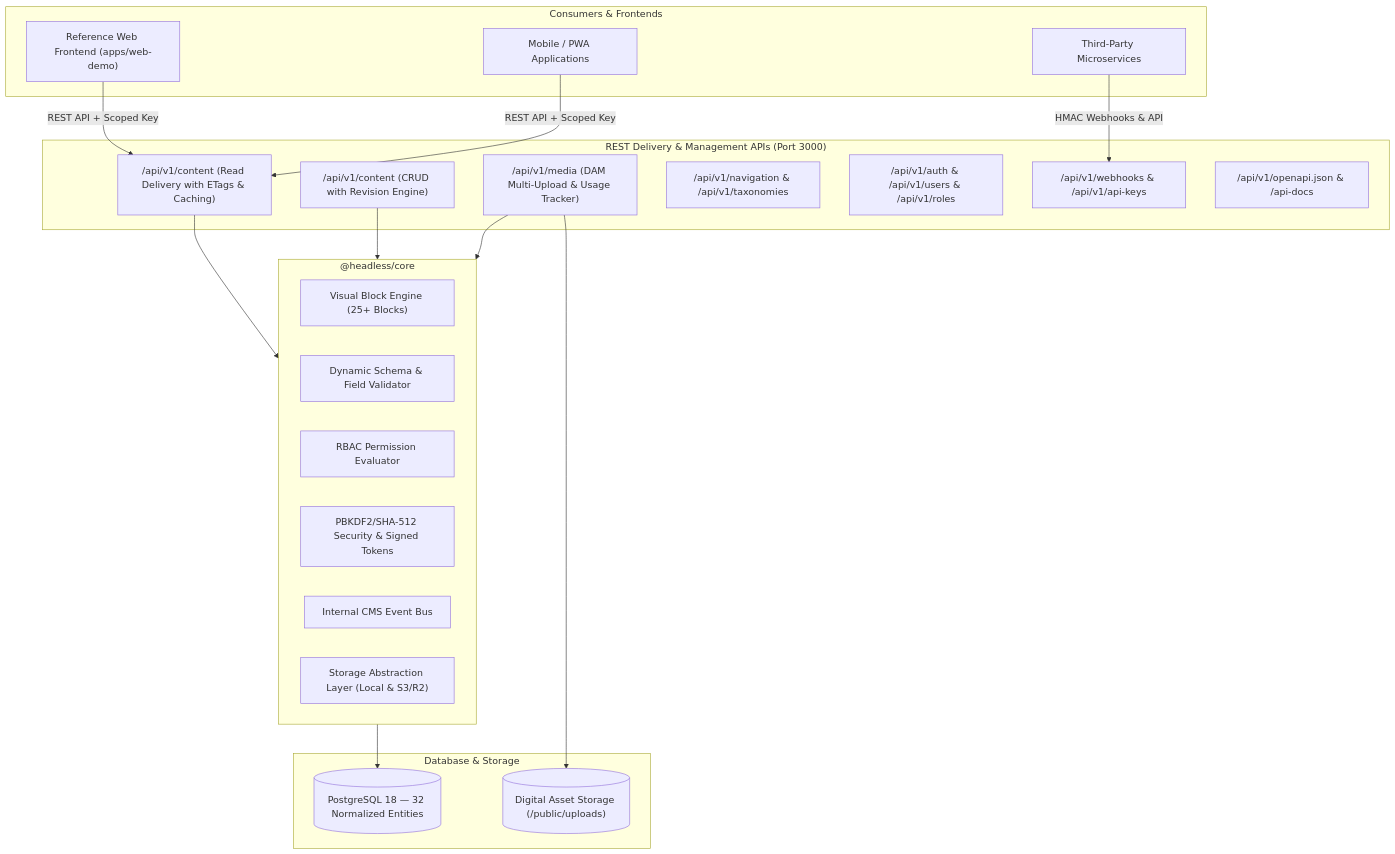
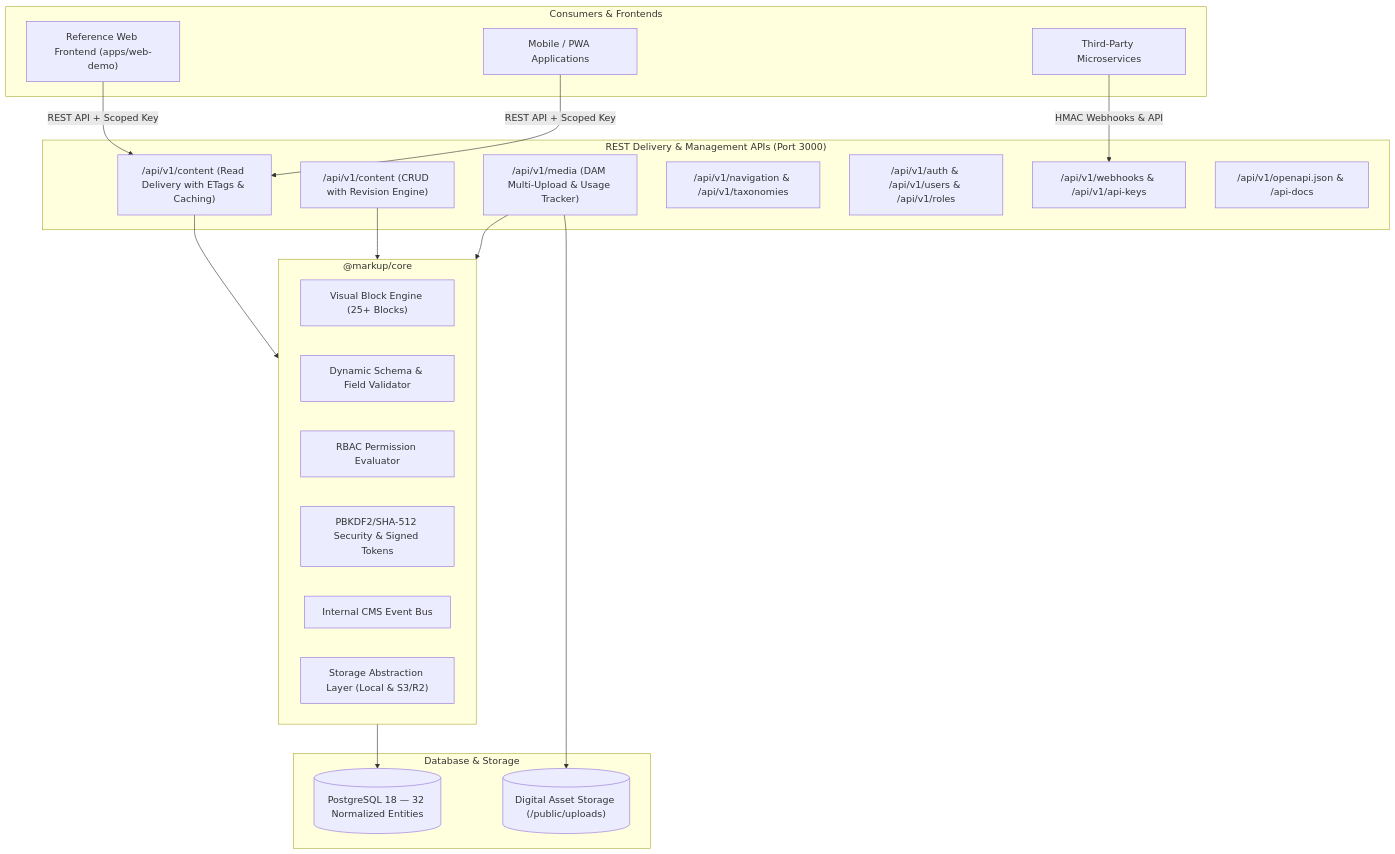
The diagram in README.md (MasterRajeshRai/markup), drawn with Mermaid before and after one commit. The commit also changed other lines of this file and 141 other files, not shown here.

Commit message:
refactor: rename @headless to @markup and replace headless with markup across entire project

````diff
--- a/README.md
+++ b/README.md
@@ -9,43 +9,43 @@
 ```mermaid
 flowchart TD
     subgraph Clients["Consumers & Frontends"]
         NextClient["Reference Web Frontend (apps/web-demo)"]
         MobileApp["Mobile / PWA Applications"]
         ThirdParty["Third-Party Microservices"]
     end
 
     subgraph API_Gateway["REST Delivery & Management APIs (Port 3000)"]
         Delivery["/api/v1/content (Read Delivery with ETags & Caching)"]
         Management["/api/v1/content (CRUD with Revision Engine)"]
         MediaAPI["/api/v1/media (DAM Multi-Upload & Usage Tracker)"]
         NavTax["/api/v1/navigation & /api/v1/taxonomies"]
         AuthRBAC["/api/v1/auth & /api/v1/users & /api/v1/roles"]
         WebhooksAPI["/api/v1/webhooks & /api/v1/api-keys"]
         OpenAPI["/api/v1/openapi.json & /api-docs"]
     end
 
-    subgraph CMS_Core["@headless/core"]
+    subgraph CMS_Core["@markup/core"]
         BlockEngine["Visual Block Engine (25+ Blocks)"]
         Validator["Dynamic Schema & Field Validator"]
         RBAC["RBAC Permission Evaluator"]
         CryptoSec["PBKDF2/SHA-512 Security & Signed Tokens"]
         EventBus["Internal CMS Event Bus"]
         StorageAdapter["Storage Abstraction Layer (Local & S3/R2)"]
     end
 
     subgraph Storage_Layer["Database & Storage"]
         Postgres[("PostgreSQL 18 — 32 Normalized Entities")]
         Uploads[("Digital Asset Storage (/public/uploads)")]
     end
 
     NextClient -->|REST API + Scoped Key| Delivery
     MobileApp -->|REST API + Scoped Key| Delivery
     ThirdParty -->|HMAC Webhooks & API| WebhooksAPI
 
     Delivery --> CMS_Core
     Management --> CMS_Core
     MediaAPI --> CMS_Core
 
     CMS_Core --> Postgres
     MediaAPI --> Uploads
 ```
````
